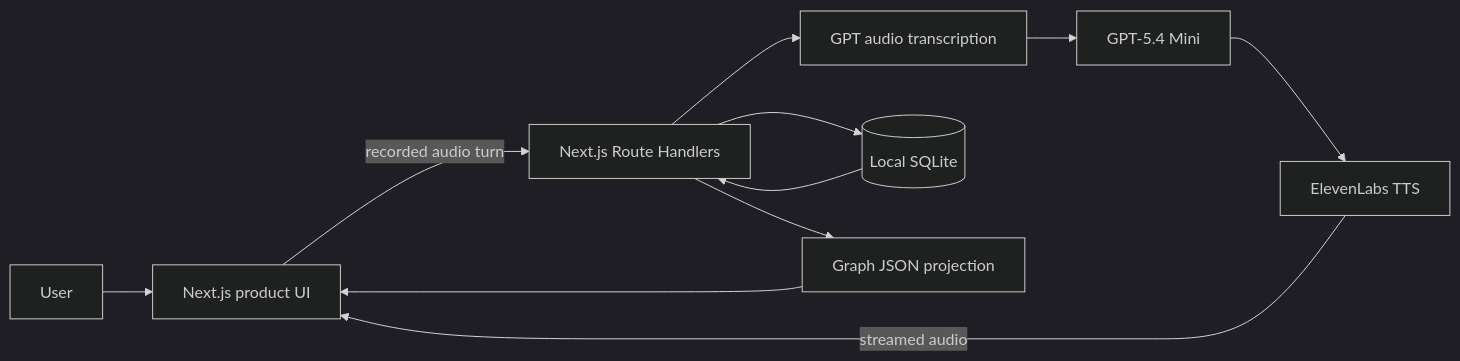
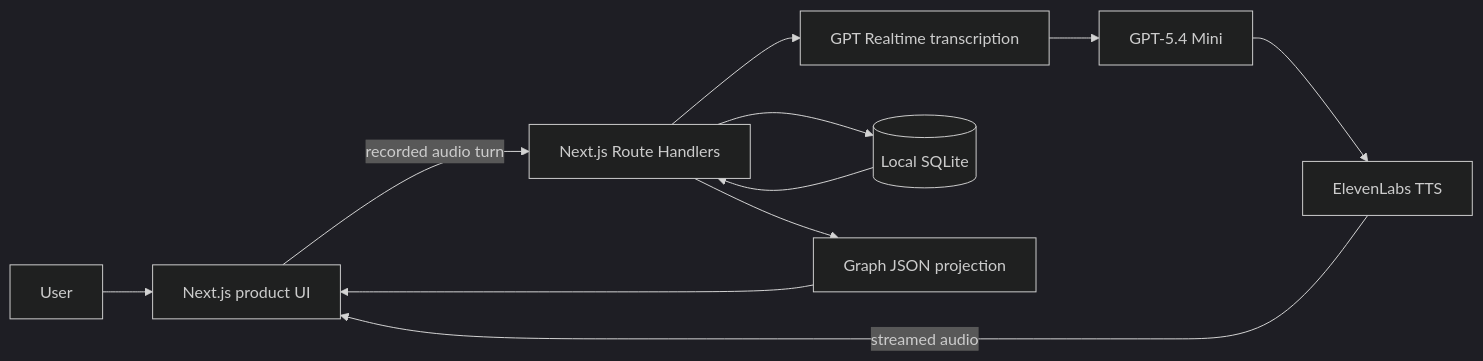
The diagram in docs/01-architecture.md (anshulyadav1976/alongside), drawn with Mermaid (dark theme) before and after one commit. The commit also changed other lines of this file and 16 other files, not shown here.

````diff
--- a/docs/01-architecture.md
+++ b/docs/01-architecture.md
@@ -19,13 +19,13 @@
 ```mermaid
 flowchart LR
     U[User] --> WEB[Next.js product UI]
     WEB -->|recorded audio turn| API[Next.js Route Handlers]
-    API --> STT[GPT audio transcription]
+    API --> STT[GPT Realtime transcription]
     STT --> LLM[GPT-5.4 Mini]
     LLM --> TTS[ElevenLabs TTS]
     TTS -->|streamed audio| WEB
     API --> DB[(Local SQLite)]
     DB --> API
     API --> GRAPH[Graph JSON projection]
     GRAPH --> WEB
 ```
````
